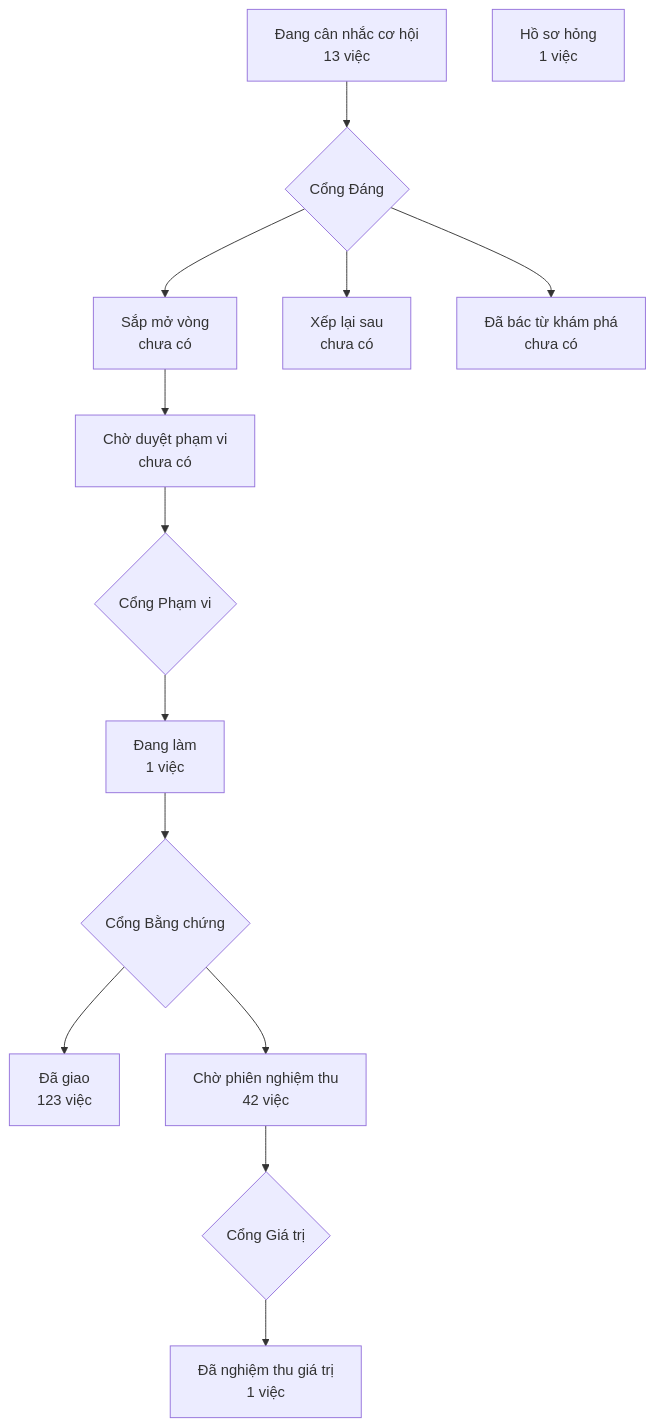
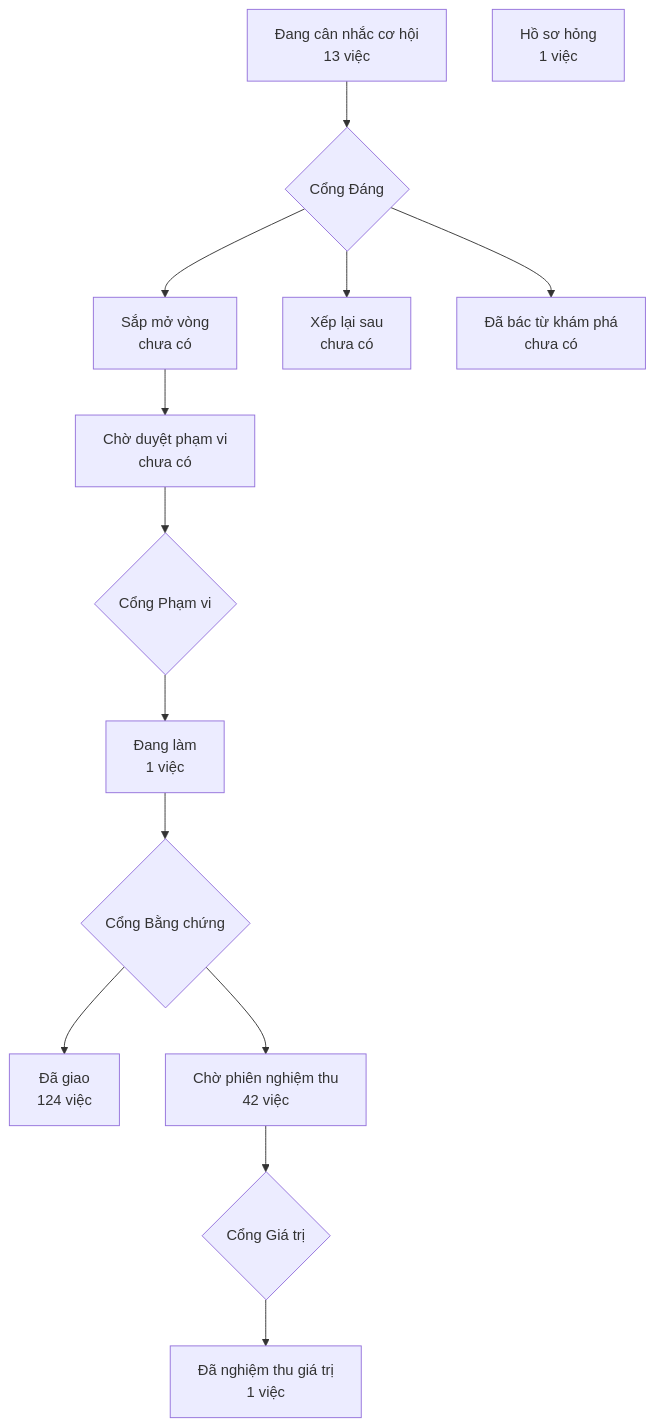
The diagram in PRODUCT-MAP.md (phanlemanh/crm-onehub), drawn with Mermaid before and after one commit. The commit also changed other lines of this file and 4 other files, not shown here.

````diff
--- a/PRODUCT-MAP.md
+++ b/PRODUCT-MAP.md
@@ -7,13 +7,13 @@
 ```mermaid
 flowchart TD
   A["Đang cân nhắc cơ hội<br/>13 việc"] --> GD{"Cổng Đáng"}
   GD --> B["Sắp mở vòng<br/>chưa có"]
   GD --> XL["Xếp lại sau<br/>chưa có"]
   GD --> DB["Đã bác từ khám phá<br/>chưa có"]
   B --> CD["Chờ duyệt phạm vi<br/>chưa có"] --> GP{"Cổng Phạm vi"}
   GP --> DL["Đang làm<br/>1 việc"] --> GB{"Cổng Bằng chứng"}
-  GB --> DG["Đã giao<br/>123 việc"]
+  GB --> DG["Đã giao<br/>124 việc"]
   GB --> CN["Chờ phiên nghiệm thu<br/>42 việc"] --> GG{"Cổng Giá trị"}
   GG --> NT["Đã nghiệm thu giá trị<br/>1 việc"]
   HS["Hồ sơ hỏng<br/>1 việc"]
 ```
````
